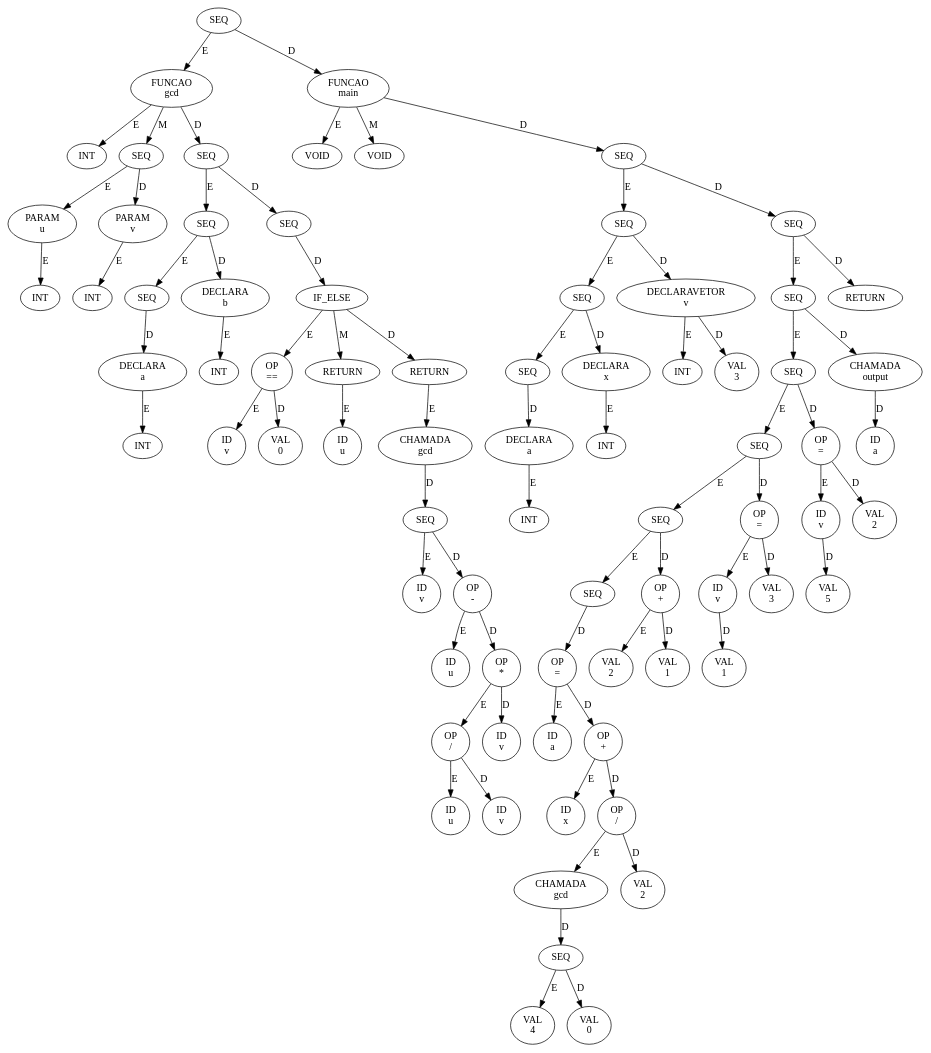
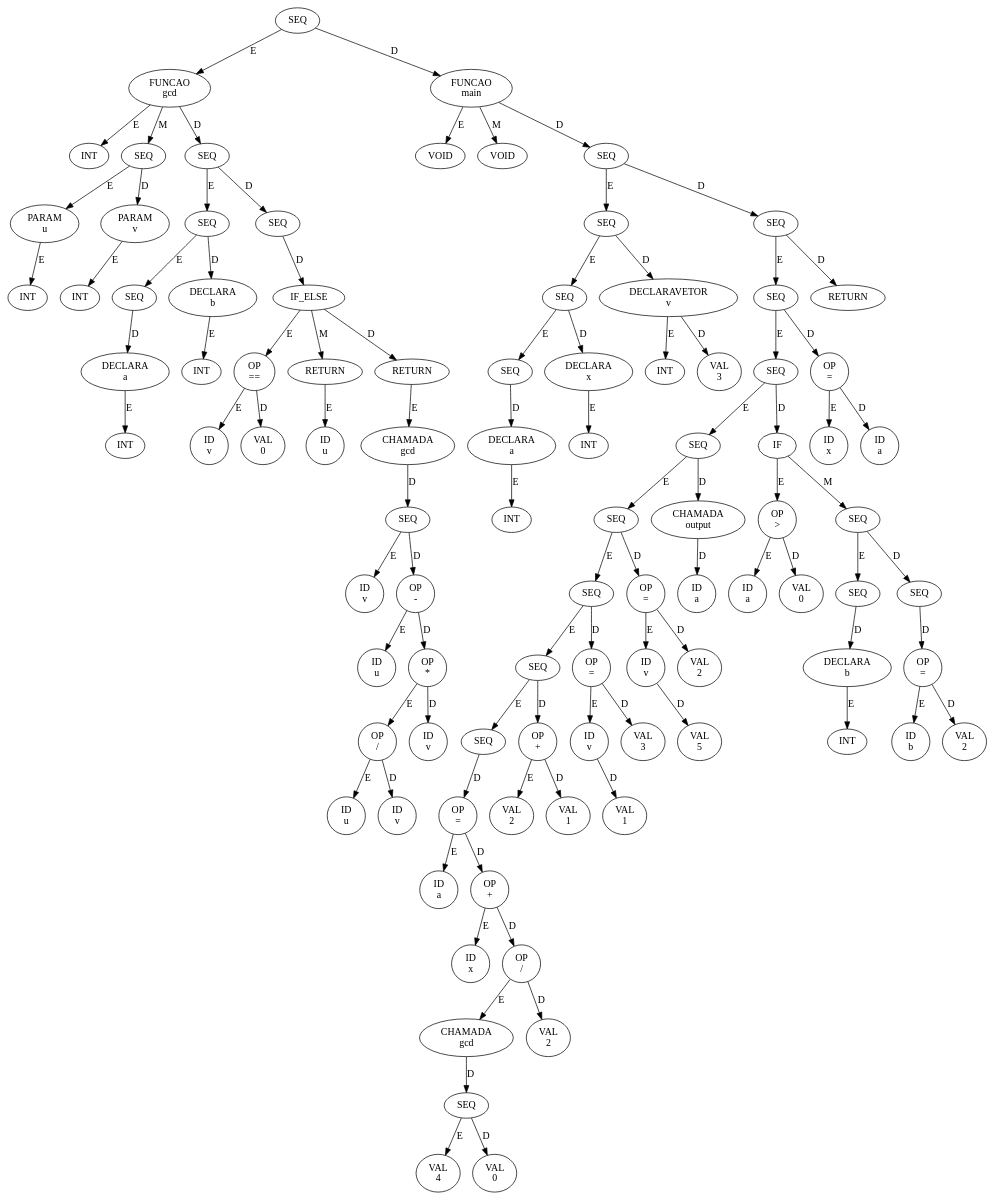
The diagram in src/ast.dot (ErikReis15/compiladores), drawn with Graphviz before and after one commit. The commit also changed 1 other file, not shown here.

```diff
--- a/src/ast.dot
+++ b/src/ast.dot
@@ -1,155 +1,189 @@
 digraph AST {
-  n0x5f78a873bdb0 [label="SEQ"];
-  n0x5f78a873bdb0 -> n0x5f78a873afd0 [label="E"];
-  n0x5f78a873afd0 [label="FUNCAO\ngcd"];
-  n0x5f78a873afd0 -> n0x5f78a873a510 [label="E"];
-  n0x5f78a873a510 [label="INT"];
-  n0x5f78a873afd0 -> n0x5f78a873a6f0 [label="M"];
-  n0x5f78a873a6f0 [label="SEQ"];
-  n0x5f78a873a6f0 -> n0x5f78a873a5d0 [label="E"];
-  n0x5f78a873a5d0 [label="PARAM\nu"];
-  n0x5f78a873a5d0 -> n0x5f78a873a570 [label="E"];
-  n0x5f78a873a570 [label="INT"];
-  n0x5f78a873a6f0 -> n0x5f78a873a690 [label="D"];
-  n0x5f78a873a690 [label="PARAM\nv"];
-  n0x5f78a873a690 -> n0x5f78a873a630 [label="E"];
-  n0x5f78a873a630 [label="INT"];
-  n0x5f78a873afd0 -> n0x5f78a873af90 [label="D"];
-  n0x5f78a873af90 [label="SEQ"];
-  n0x5f78a873af90 -> n0x5f78a873a8f0 [label="E"];
-  n0x5f78a873a8f0 [label="SEQ"];
-  n0x5f78a873a8f0 -> n0x5f78a873a7f0 [label="E"];
-  n0x5f78a873a7f0 [label="SEQ"];
-  n0x5f78a873a7f0 -> n0x5f78a873a790 [label="D"];
-  n0x5f78a873a790 [label="DECLARA\na"];
-  n0x5f78a873a790 -> n0x5f78a873a730 [label="E"];
-  n0x5f78a873a730 [label="INT"];
-  n0x5f78a873a8f0 -> n0x5f78a873a890 [label="D"];
-  n0x5f78a873a890 [label="DECLARA\nb"];
-  n0x5f78a873a890 -> n0x5f78a873a830 [label="E"];
-  n0x5f78a873a830 [label="INT"];
-  n0x5f78a873af90 -> n0x5f78a873af50 [label="D"];
-  n0x5f78a873af50 [label="SEQ"];
-  n0x5f78a873af50 -> n0x5f78a873af10 [label="D"];
-  n0x5f78a873af10 [label="IF_ELSE"];
-  n0x5f78a873af10 -> n0x5f78a873a9b0 [label="E"];
-  n0x5f78a873a9b0 [label="OP\n=="];
-  n0x5f78a873a9b0 -> n0x5f78a873a950 [label="E"];
-  n0x5f78a873a950 [label="ID\nv"];
-  n0x5f78a873a9b0 -> n0x5f78a873a9f0 [label="D"];
-  n0x5f78a873a9f0 [label="VAL\n0"];
-  n0x5f78a873af10 -> n0x5f78a873aab0 [label="M"];
-  n0x5f78a873aab0 [label="RETURN"];
-  n0x5f78a873aab0 -> n0x5f78a873aa50 [label="E"];
-  n0x5f78a873aa50 [label="ID\nu"];
-  n0x5f78a873af10 -> n0x5f78a873aed0 [label="D"];
-  n0x5f78a873aed0 [label="RETURN"];
-  n0x5f78a873aed0 -> n0x5f78a873ae90 [label="E"];
-  n0x5f78a873ae90 [label="CHAMADA\ngcd"];
-  n0x5f78a873ae90 -> n0x5f78a873ae50 [label="D"];
-  n0x5f78a873ae50 [label="SEQ"];
-  n0x5f78a873ae50 -> n0x5f78a873ab30 [label="E"];
-  n0x5f78a873ab30 [label="ID\nv"];
-  n0x5f78a873ae50 -> n0x5f78a873ac10 [label="D"];
-  n0x5f78a873ac10 [label="OP\n-"];
-  n0x5f78a873ac10 -> n0x5f78a873abb0 [label="E"];
-  n0x5f78a873abb0 [label="ID\nu"];
-  n0x5f78a873ac10 -> n0x5f78a873ad90 [label="D"];
-  n0x5f78a873ad90 [label="OP\n*"];
-  n0x5f78a873ad90 -> n0x5f78a873acd0 [label="E"];
-  n0x5f78a873acd0 [label="OP\n/"];
-  n0x5f78a873acd0 -> n0x5f78a873ac70 [label="E"];
-  n0x5f78a873ac70 [label="ID\nu"];
-  n0x5f78a873acd0 -> n0x5f78a873ad30 [label="D"];
-  n0x5f78a873ad30 [label="ID\nv"];
-  n0x5f78a873ad90 -> n0x5f78a873adf0 [label="D"];
-  n0x5f78a873adf0 [label="ID\nv"];
-  n0x5f78a873bdb0 -> n0x5f78a873bd50 [label="D"];
-  n0x5f78a873bd50 [label="FUNCAO\nmain"];
-  n0x5f78a873bd50 -> n0x5f78a873b030 [label="E"];
-  n0x5f78a873b030 [label="VOID"];
-  n0x5f78a873bd50 -> n0x5f78a873b090 [label="M"];
-  n0x5f78a873b090 [label="VOID"];
-  n0x5f78a873bd50 -> n0x5f78a873bd10 [label="D"];
-  n0x5f78a873bd10 [label="SEQ"];
-  n0x5f78a873bd10 -> n0x5f78a873b3d0 [label="E"];
-  n0x5f78a873b3d0 [label="SEQ"];
-  n0x5f78a873b3d0 -> n0x5f78a873b290 [label="E"];
-  n0x5f78a873b290 [label="SEQ"];
-  n0x5f78a873b290 -> n0x5f78a873b190 [label="E"];
-  n0x5f78a873b190 [label="SEQ"];
-  n0x5f78a873b190 -> n0x5f78a873b130 [label="D"];
-  n0x5f78a873b130 [label="DECLARA\na"];
-  n0x5f78a873b130 -> n0x5f78a873b0d0 [label="E"];
-  n0x5f78a873b0d0 [label="INT"];
-  n0x5f78a873b290 -> n0x5f78a873b230 [label="D"];
-  n0x5f78a873b230 [label="DECLARA\nx"];
-  n0x5f78a873b230 -> n0x5f78a873b1d0 [label="E"];
-  n0x5f78a873b1d0 [label="INT"];
-  n0x5f78a873b3d0 -> n0x5f78a873b330 [label="D"];
-  n0x5f78a873b330 [label="DECLARAVETOR\nv"];
-  n0x5f78a873b330 -> n0x5f78a873b2d0 [label="E"];
-  n0x5f78a873b2d0 [label="INT"];
-  n0x5f78a873b330 -> n0x5f78a873b390 [label="D"];
-  n0x5f78a873b390 [label="VAL\n3"];
-  n0x5f78a873bd10 -> n0x5f78a873bcd0 [label="D"];
-  n0x5f78a873bcd0 [label="SEQ"];
-  n0x5f78a873bcd0 -> n0x5f78a873bc50 [label="E"];
-  n0x5f78a873bc50 [label="SEQ"];
-  n0x5f78a873bc50 -> n0x5f78a873bb30 [label="E"];
-  n0x5f78a873bb30 [label="SEQ"];
-  n0x5f78a873bb30 -> n0x5f78a873b9b0 [label="E"];
-  n0x5f78a873b9b0 [label="SEQ"];
-  n0x5f78a873b9b0 -> n0x5f78a873b830 [label="E"];
-  n0x5f78a873b830 [label="SEQ"];
-  n0x5f78a873b830 -> n0x5f78a873b730 [label="E"];
-  n0x5f78a873b730 [label="SEQ"];
-  n0x5f78a873b730 -> n0x5f78a873b6f0 [label="D"];
-  n0x5f78a873b6f0 [label="OP\n="];
-  n0x5f78a873b6f0 -> n0x5f78a873b430 [label="E"];
-  n0x5f78a873b430 [label="ID\na"];
-  n0x5f78a873b6f0 -> n0x5f78a873b510 [label="D"];
-  n0x5f78a873b510 [label="OP\n+"];
-  n0x5f78a873b510 -> n0x5f78a873b4b0 [label="E"];
-  n0x5f78a873b4b0 [label="ID\nx"];
-  n0x5f78a873b510 -> n0x5f78a873b670 [label="D"];
-  n0x5f78a873b670 [label="OP\n/"];
-  n0x5f78a873b670 -> n0x5f78a873b630 [label="E"];
-  n0x5f78a873b630 [label="CHAMADA\ngcd"];
-  n0x5f78a873b630 -> n0x5f78a873b5f0 [label="D"];
-  n0x5f78a873b5f0 [label="SEQ"];
-  n0x5f78a873b5f0 -> n0x5f78a873b570 [label="E"];
-  n0x5f78a873b570 [label="VAL\n4"];
-  n0x5f78a873b5f0 -> n0x5f78a873b5b0 [label="D"];
-  n0x5f78a873b5b0 [label="VAL\n0"];
-  n0x5f78a873b670 -> n0x5f78a873b6b0 [label="D"];
-  n0x5f78a873b6b0 [label="VAL\n2"];
-  n0x5f78a873b830 -> n0x5f78a873b7b0 [label="D"];
-  n0x5f78a873b7b0 [label="OP\n+"];
-  n0x5f78a873b7b0 -> n0x5f78a873b770 [label="E"];
-  n0x5f78a873b770 [label="VAL\n2"];
-  n0x5f78a873b7b0 -> n0x5f78a873b7f0 [label="D"];
-  n0x5f78a873b7f0 [label="VAL\n1"];
-  n0x5f78a873b9b0 -> n0x5f78a873b970 [label="D"];
-  n0x5f78a873b970 [label="OP\n="];
-  n0x5f78a873b970 -> n0x5f78a873b8d0 [label="E"];
-  n0x5f78a873b8d0 [label="ID\nv"];
-  n0x5f78a873b8d0 -> n0x5f78a873b890 [label="D"];
-  n0x5f78a873b890 [label="VAL\n1"];
-  n0x5f78a873b970 -> n0x5f78a873b930 [label="D"];
-  n0x5f78a873b930 [label="VAL\n3"];
-  n0x5f78a873bb30 -> n0x5f78a873baf0 [label="D"];
-  n0x5f78a873baf0 [label="OP\n="];
-  n0x5f78a873baf0 -> n0x5f78a873ba50 [label="E"];
-  n0x5f78a873ba50 [label="ID\nv"];
-  n0x5f78a873ba50 -> n0x5f78a873ba10 [label="D"];
-  n0x5f78a873ba10 [label="VAL\n5"];
-  n0x5f78a873baf0 -> n0x5f78a873bab0 [label="D"];
-  n0x5f78a873bab0 [label="VAL\n2"];
-  n0x5f78a873bc50 -> n0x5f78a873bc10 [label="D"];
-  n0x5f78a873bc10 [label="CHAMADA\noutput"];
-  n0x5f78a873bc10 -> n0x5f78a873bbb0 [label="D"];
-  n0x5f78a873bbb0 [label="ID\na"];
-  n0x5f78a873bcd0 -> n0x5f78a873bc90 [label="D"];
-  n0x5f78a873bc90 [label="RETURN"];
+  n0x59469b3c9330 [label="SEQ"];
+  n0x59469b3c9330 -> n0x59469b3c7fd0 [label="E"];
+  n0x59469b3c7fd0 [label="FUNCAO\ngcd"];
+  n0x59469b3c7fd0 -> n0x59469b3c7510 [label="E"];
+  n0x59469b3c7510 [label="INT"];
+  n0x59469b3c7fd0 -> n0x59469b3c76f0 [label="M"];
+  n0x59469b3c76f0 [label="SEQ"];
+  n0x59469b3c76f0 -> n0x59469b3c75d0 [label="E"];
+  n0x59469b3c75d0 [label="PARAM\nu"];
+  n0x59469b3c75d0 -> n0x59469b3c7570 [label="E"];
+  n0x59469b3c7570 [label="INT"];
+  n0x59469b3c76f0 -> n0x59469b3c7690 [label="D"];
+  n0x59469b3c7690 [label="PARAM\nv"];
+  n0x59469b3c7690 -> n0x59469b3c7630 [label="E"];
+  n0x59469b3c7630 [label="INT"];
+  n0x59469b3c7fd0 -> n0x59469b3c7f90 [label="D"];
+  n0x59469b3c7f90 [label="SEQ"];
+  n0x59469b3c7f90 -> n0x59469b3c78f0 [label="E"];
+  n0x59469b3c78f0 [label="SEQ"];
+  n0x59469b3c78f0 -> n0x59469b3c77f0 [label="E"];
+  n0x59469b3c77f0 [label="SEQ"];
+  n0x59469b3c77f0 -> n0x59469b3c7790 [label="D"];
+  n0x59469b3c7790 [label="DECLARA\na"];
+  n0x59469b3c7790 -> n0x59469b3c7730 [label="E"];
+  n0x59469b3c7730 [label="INT"];
+  n0x59469b3c78f0 -> n0x59469b3c7890 [label="D"];
+  n0x59469b3c7890 [label="DECLARA\nb"];
+  n0x59469b3c7890 -> n0x59469b3c7830 [label="E"];
+  n0x59469b3c7830 [label="INT"];
+  n0x59469b3c7f90 -> n0x59469b3c7f50 [label="D"];
+  n0x59469b3c7f50 [label="SEQ"];
+  n0x59469b3c7f50 -> n0x59469b3c7f10 [label="D"];
+  n0x59469b3c7f10 [label="IF_ELSE"];
+  n0x59469b3c7f10 -> n0x59469b3c79b0 [label="E"];
+  n0x59469b3c79b0 [label="OP\n=="];
+  n0x59469b3c79b0 -> n0x59469b3c7950 [label="E"];
+  n0x59469b3c7950 [label="ID\nv"];
+  n0x59469b3c79b0 -> n0x59469b3c79f0 [label="D"];
+  n0x59469b3c79f0 [label="VAL\n0"];
+  n0x59469b3c7f10 -> n0x59469b3c7ab0 [label="M"];
+  n0x59469b3c7ab0 [label="RETURN"];
+  n0x59469b3c7ab0 -> n0x59469b3c7a50 [label="E"];
+  n0x59469b3c7a50 [label="ID\nu"];
+  n0x59469b3c7f10 -> n0x59469b3c7ed0 [label="D"];
+  n0x59469b3c7ed0 [label="RETURN"];
+  n0x59469b3c7ed0 -> n0x59469b3c7e90 [label="E"];
+  n0x59469b3c7e90 [label="CHAMADA\ngcd"];
+  n0x59469b3c7e90 -> n0x59469b3c7e50 [label="D"];
+  n0x59469b3c7e50 [label="SEQ"];
+  n0x59469b3c7e50 -> n0x59469b3c7b30 [label="E"];
+  n0x59469b3c7b30 [label="ID\nv"];
+  n0x59469b3c7e50 -> n0x59469b3c7c10 [label="D"];
+  n0x59469b3c7c10 [label="OP\n-"];
+  n0x59469b3c7c10 -> n0x59469b3c7bb0 [label="E"];
+  n0x59469b3c7bb0 [label="ID\nu"];
+  n0x59469b3c7c10 -> n0x59469b3c7d90 [label="D"];
+  n0x59469b3c7d90 [label="OP\n*"];
+  n0x59469b3c7d90 -> n0x59469b3c7cd0 [label="E"];
+  n0x59469b3c7cd0 [label="OP\n/"];
+  n0x59469b3c7cd0 -> n0x59469b3c7c70 [label="E"];
+  n0x59469b3c7c70 [label="ID\nu"];
+  n0x59469b3c7cd0 -> n0x59469b3c7d30 [label="D"];
+  n0x59469b3c7d30 [label="ID\nv"];
+  n0x59469b3c7d90 -> n0x59469b3c7df0 [label="D"];
+  n0x59469b3c7df0 [label="ID\nv"];
+  n0x59469b3c9330 -> n0x59469b3c92d0 [label="D"];
+  n0x59469b3c92d0 [label="FUNCAO\nmain"];
+  n0x59469b3c92d0 -> n0x59469b3c8030 [label="E"];
+  n0x59469b3c8030 [label="VOID"];
+  n0x59469b3c92d0 -> n0x59469b3c8090 [label="M"];
+  n0x59469b3c8090 [label="VOID"];
+  n0x59469b3c92d0 -> n0x59469b3c9290 [label="D"];
+  n0x59469b3c9290 [label="SEQ"];
+  n0x59469b3c9290 -> n0x59469b3c83d0 [label="E"];
+  n0x59469b3c83d0 [label="SEQ"];
+  n0x59469b3c83d0 -> n0x59469b3c8290 [label="E"];
+  n0x59469b3c8290 [label="SEQ"];
+  n0x59469b3c8290 -> n0x59469b3c8190 [label="E"];
+  n0x59469b3c8190 [label="SEQ"];
+  n0x59469b3c8190 -> n0x59469b3c8130 [label="D"];
+  n0x59469b3c8130 [label="DECLARA\na"];
+  n0x59469b3c8130 -> n0x59469b3c80d0 [label="E"];
+  n0x59469b3c80d0 [label="INT"];
+  n0x59469b3c8290 -> n0x59469b3c8230 [label="D"];
+  n0x59469b3c8230 [label="DECLARA\nx"];
+  n0x59469b3c8230 -> n0x59469b3c81d0 [label="E"];
+  n0x59469b3c81d0 [label="INT"];
+  n0x59469b3c83d0 -> n0x59469b3c8330 [label="D"];
+  n0x59469b3c8330 [label="DECLARAVETOR\nv"];
+  n0x59469b3c8330 -> n0x59469b3c82d0 [label="E"];
+  n0x59469b3c82d0 [label="INT"];
+  n0x59469b3c8330 -> n0x59469b3c8390 [label="D"];
+  n0x59469b3c8390 [label="VAL\n3"];
+  n0x59469b3c9290 -> n0x59469b3c9250 [label="D"];
+  n0x59469b3c9250 [label="SEQ"];
+  n0x59469b3c9250 -> n0x59469b3c91d0 [label="E"];
+  n0x59469b3c91d0 [label="SEQ"];
+  n0x59469b3c91d0 -> n0x59469b3c9070 [label="E"];
+  n0x59469b3c9070 [label="SEQ"];
+  n0x59469b3c9070 -> n0x59469b3c8c50 [label="E"];
+  n0x59469b3c8c50 [label="SEQ"];
+  n0x59469b3c8c50 -> n0x59469b3c8b30 [label="E"];
+  n0x59469b3c8b30 [label="SEQ"];
+  n0x59469b3c8b30 -> n0x59469b3c89b0 [label="E"];
+  n0x59469b3c89b0 [label="SEQ"];
+  n0x59469b3c89b0 -> n0x59469b3c8830 [label="E"];
+  n0x59469b3c8830 [label="SEQ"];
+  n0x59469b3c8830 -> n0x59469b3c8730 [label="E"];
+  n0x59469b3c8730 [label="SEQ"];
+  n0x59469b3c8730 -> n0x59469b3c86f0 [label="D"];
+  n0x59469b3c86f0 [label="OP\n="];
+  n0x59469b3c86f0 -> n0x59469b3c8430 [label="E"];
+  n0x59469b3c8430 [label="ID\na"];
+  n0x59469b3c86f0 -> n0x59469b3c8510 [label="D"];
+  n0x59469b3c8510 [label="OP\n+"];
+  n0x59469b3c8510 -> n0x59469b3c84b0 [label="E"];
+  n0x59469b3c84b0 [label="ID\nx"];
+  n0x59469b3c8510 -> n0x59469b3c8670 [label="D"];
+  n0x59469b3c8670 [label="OP\n/"];
+  n0x59469b3c8670 -> n0x59469b3c8630 [label="E"];
+  n0x59469b3c8630 [label="CHAMADA\ngcd"];
+  n0x59469b3c8630 -> n0x59469b3c85f0 [label="D"];
+  n0x59469b3c85f0 [label="SEQ"];
+  n0x59469b3c85f0 -> n0x59469b3c8570 [label="E"];
+  n0x59469b3c8570 [label="VAL\n4"];
+  n0x59469b3c85f0 -> n0x59469b3c85b0 [label="D"];
+  n0x59469b3c85b0 [label="VAL\n0"];
+  n0x59469b3c8670 -> n0x59469b3c86b0 [label="D"];
+  n0x59469b3c86b0 [label="VAL\n2"];
+  n0x59469b3c8830 -> n0x59469b3c87b0 [label="D"];
+  n0x59469b3c87b0 [label="OP\n+"];
+  n0x59469b3c87b0 -> n0x59469b3c8770 [label="E"];
+  n0x59469b3c8770 [label="VAL\n2"];
+  n0x59469b3c87b0 -> n0x59469b3c87f0 [label="D"];
+  n0x59469b3c87f0 [label="VAL\n1"];
+  n0x59469b3c89b0 -> n0x59469b3c8970 [label="D"];
+  n0x59469b3c8970 [label="OP\n="];
+  n0x59469b3c8970 -> n0x59469b3c88d0 [label="E"];
+  n0x59469b3c88d0 [label="ID\nv"];
+  n0x59469b3c88d0 -> n0x59469b3c8890 [label="D"];
+  n0x59469b3c8890 [label="VAL\n1"];
+  n0x59469b3c8970 -> n0x59469b3c8930 [label="D"];
+  n0x59469b3c8930 [label="VAL\n3"];
+  n0x59469b3c8b30 -> n0x59469b3c8af0 [label="D"];
+  n0x59469b3c8af0 [label="OP\n="];
+  n0x59469b3c8af0 -> n0x59469b3c8a50 [label="E"];
+  n0x59469b3c8a50 [label="ID\nv"];
+  n0x59469b3c8a50 -> n0x59469b3c8a10 [label="D"];
+  n0x59469b3c8a10 [label="VAL\n5"];
+  n0x59469b3c8af0 -> n0x59469b3c8ab0 [label="D"];
+  n0x59469b3c8ab0 [label="VAL\n2"];
+  n0x59469b3c8c50 -> n0x59469b3c8c10 [label="D"];
+  n0x59469b3c8c10 [label="CHAMADA\noutput"];
+  n0x59469b3c8c10 -> n0x59469b3c8bb0 [label="D"];
+  n0x59469b3c8bb0 [label="ID\na"];
+  n0x59469b3c9070 -> n0x59469b3c9030 [label="D"];
+  n0x59469b3c9030 [label="IF"];
+  n0x59469b3c9030 -> n0x59469b3c8d10 [label="E"];
+  n0x59469b3c8d10 [label="OP\n>"];
+  n0x59469b3c8d10 -> n0x59469b3c8cb0 [label="E"];
+  n0x59469b3c8cb0 [label="ID\na"];
+  n0x59469b3c8d10 -> n0x59469b3c8d50 [label="D"];
+  n0x59469b3c8d50 [label="VAL\n0"];
+  n0x59469b3c9030 -> n0x59469b3c8fd0 [label="M"];
+  n0x59469b3c8fd0 [label="SEQ"];
+  n0x59469b3c8fd0 -> n0x59469b3c8e50 [label="E"];
+  n0x59469b3c8e50 [label="SEQ"];
+  n0x59469b3c8e50 -> n0x59469b3c8df0 [label="D"];
+  n0x59469b3c8df0 [label="DECLARA\nb"];
+  n0x59469b3c8df0 -> n0x59469b3c8d90 [label="E"];
+  n0x59469b3c8d90 [label="INT"];
+  n0x59469b3c8fd0 -> n0x59469b3c8f90 [label="D"];
+  n0x59469b3c8f90 [label="SEQ"];
+  n0x59469b3c8f90 -> n0x59469b3c8f50 [label="D"];
+  n0x59469b3c8f50 [label="OP\n="];
+  n0x59469b3c8f50 -> n0x59469b3c8eb0 [label="E"];
+  n0x59469b3c8eb0 [label="ID\nb"];
+  n0x59469b3c8f50 -> n0x59469b3c8f10 [label="D"];
+  n0x59469b3c8f10 [label="VAL\n2"];
+  n0x59469b3c91d0 -> n0x59469b3c9190 [label="D"];
+  n0x59469b3c9190 [label="OP\n="];
+  n0x59469b3c9190 -> n0x59469b3c90b0 [label="E"];
+  n0x59469b3c90b0 [label="ID\nx"];
+  n0x59469b3c9190 -> n0x59469b3c9130 [label="D"];
+  n0x59469b3c9130 [label="ID\na"];
+  n0x59469b3c9250 -> n0x59469b3c9210 [label="D"];
+  n0x59469b3c9210 [label="RETURN"];
 }
```
